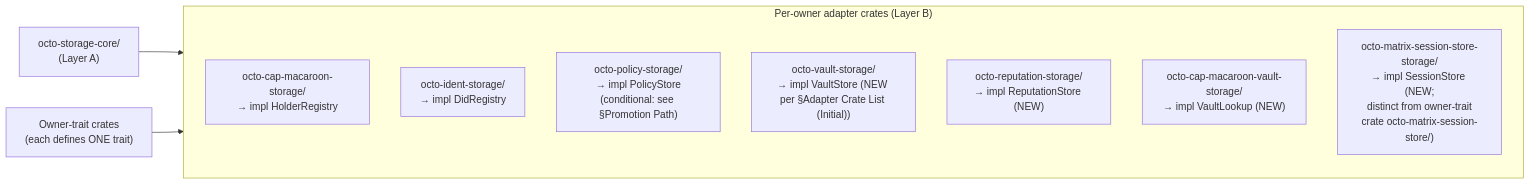
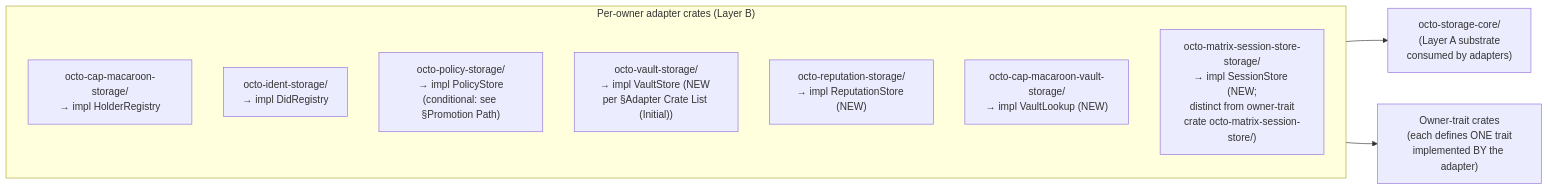
Before and after one commit to CipherOcto/cipherocto: the second of 2 diagrams in rfcs/draft/storage/0206-octo-storage-split.md, drawn with Mermaid. The commit also changed other lines of this file, not shown here.

````diff
--- a/rfcs/draft/storage/0206-octo-storage-split.md
+++ b/rfcs/draft/storage/0206-octo-storage-split.md
@@ -97,14 +97,14 @@
 ```mermaid
 graph LR
     subgraph AdapterCrates["Per-owner adapter crates (Layer B)"]
         CMS["octo-cap-macaroon-storage/<br/>→ impl HolderRegistry"]
         IDS["octo-ident-storage/<br/>→ impl DidRegistry"]
         PSS["octo-policy-storage/<br/>→ impl PolicyStore<br/>(conditional: see §Promotion Path)"]
         VSS["octo-vault-storage/<br/>→ impl VaultStore (NEW per §Adapter Crate List (Initial))"]
         RSS["octo-reputation-storage/<br/>→ impl ReputationStore (NEW)"]
         CVS["octo-cap-macaroon-vault-storage/<br/>→ impl VaultLookup (NEW)"]
         MSS["octo-matrix-session-store-storage/<br/>→ impl SessionStore (NEW;<br/>distinct from owner-trait<br/>crate octo-matrix-session-store/)"]
     end
-    Core["octo-storage-core/<br/>(Layer A)"] --> AdapterCrates
-    OwnerTraits["Owner-trait crates<br/>(each defines ONE trait)"] --> AdapterCrates
+    AdapterCrates --> Core["octo-storage-core/<br/>(Layer A substrate<br/>consumed by adapters)"]
+    AdapterCrates --> OwnerTraits["Owner-trait crates<br/>(each defines ONE trait<br/>implemented BY the adapter)"]
 ```
````
